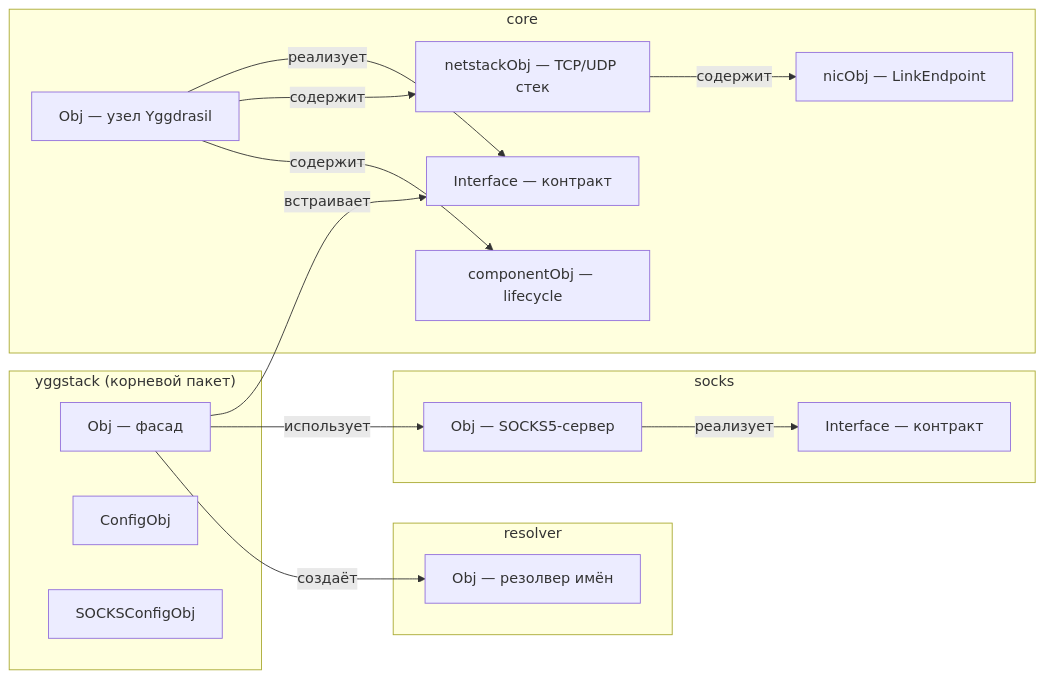
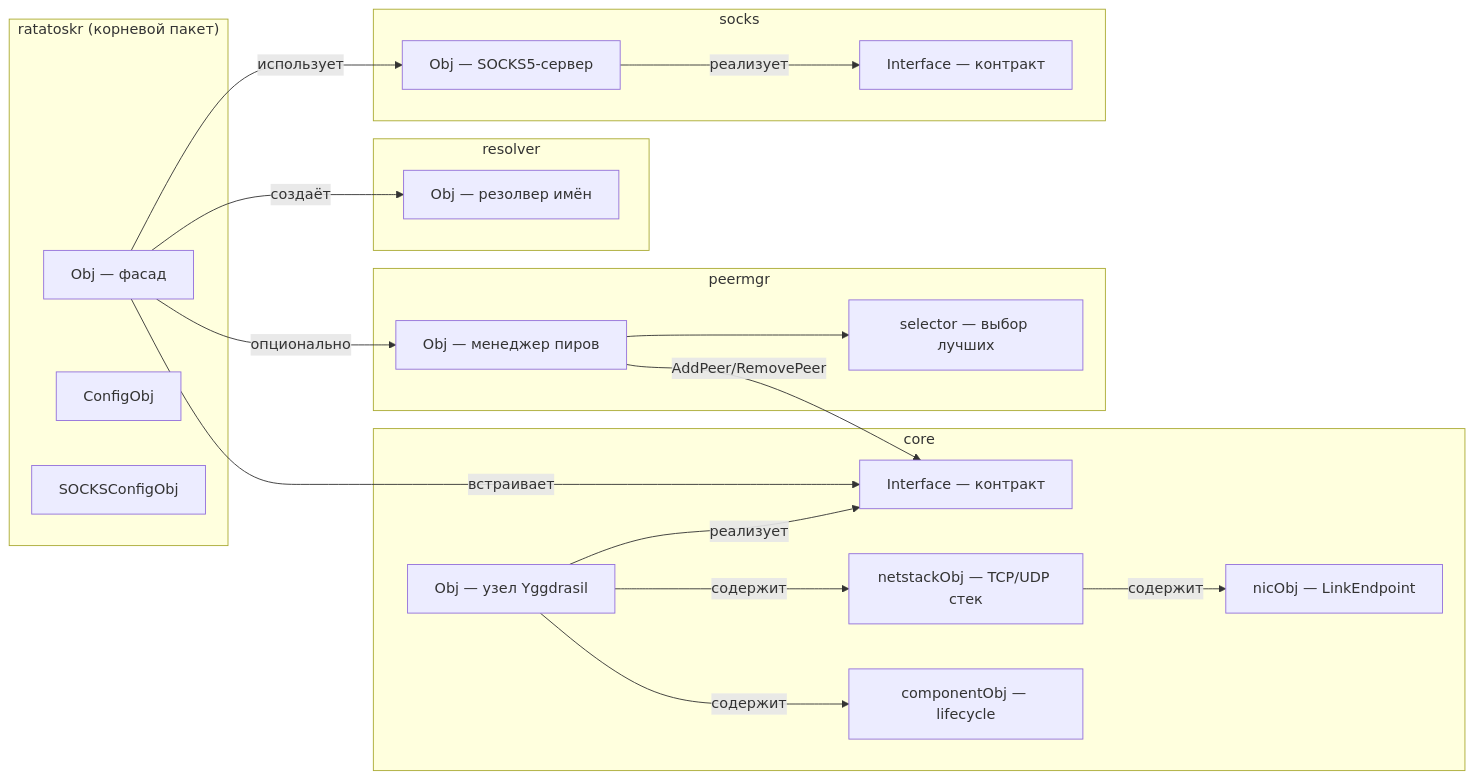
The fourth of 10 diagrams in README.md (voluminor/ratatoskr), drawn with Mermaid before and after one commit. The commit also changed other lines of this file and 5 other files, not shown here.

````diff
--- a/README.md
+++ b/README.md
@@ -108,34 +111,42 @@
 ```mermaid
 graph LR
-subgraph "yggstack (корневой пакет)"
+subgraph "ratatoskr (корневой пакет)"
 A[Obj — фасад]
 B[ConfigObj]
 C[SOCKSConfigObj]
 end
 
 subgraph "core"
 D[Obj — узел Yggdrasil]
 E[Interface — контракт]
 F[netstackObj — TCP/UDP стек]
 G[nicObj — LinkEndpoint]
 H[componentObj — lifecycle]
+end
+
+subgraph "peermgr"
+PM[Obj — менеджер пиров]
+SEL[selector — выбор лучших]
 end
 
 subgraph "resolver"
 I[Obj — резолвер имён]
 end
 
 subgraph "socks"
 J[Obj — SOCKS5-сервер]
 K[Interface — контракт]
 end
 
 A -->|встраивает|E
 A -->|использует|J
 A -->|создаёт|I
+A -->|опционально|PM
+PM -->|AddPeer/RemovePeer|E
+PM --> SEL
 D -->|реализует|E
 D -->|содержит|F
 F -->|содержит|G
 D -->|содержит|H
 J -->|реализует|K
 ```
````
